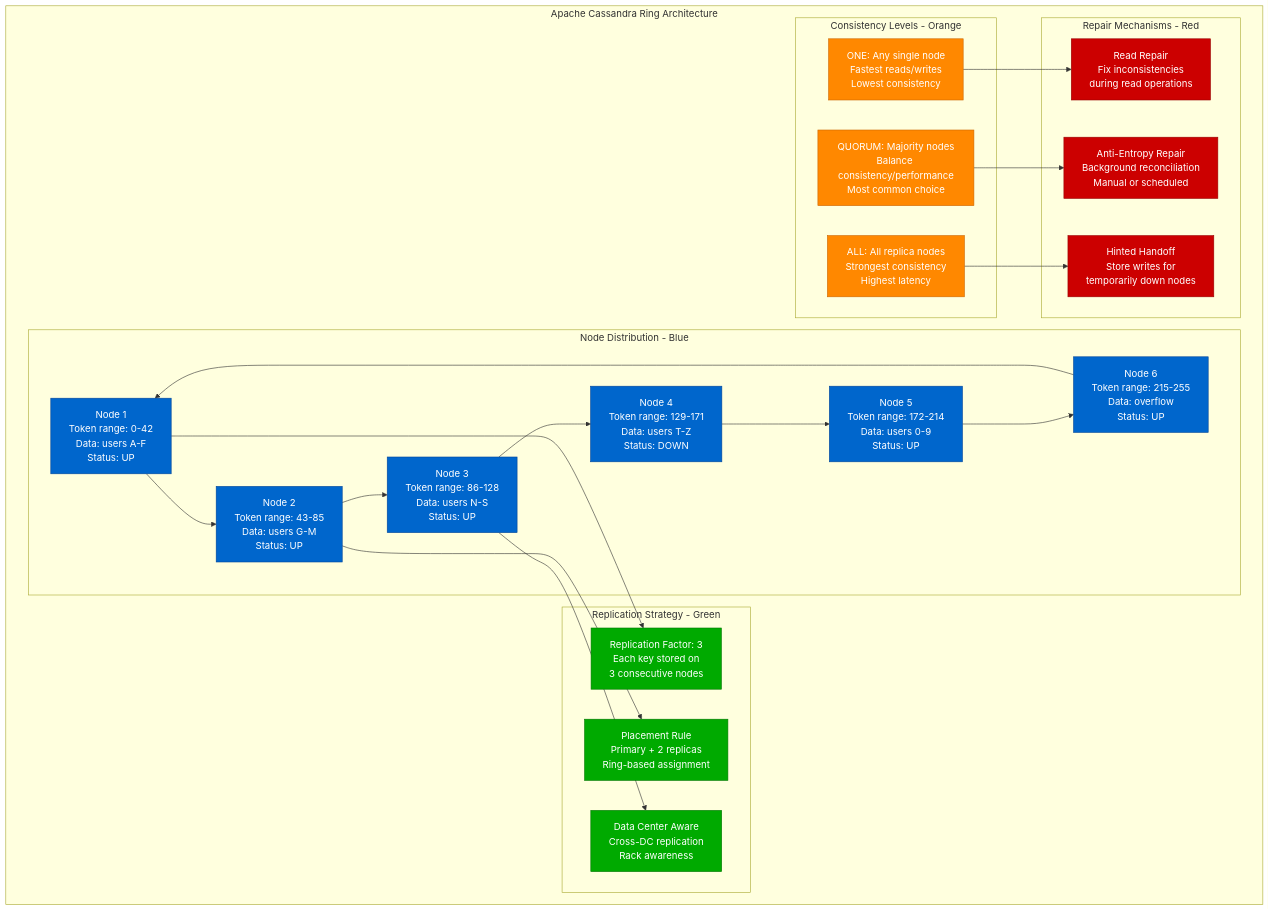
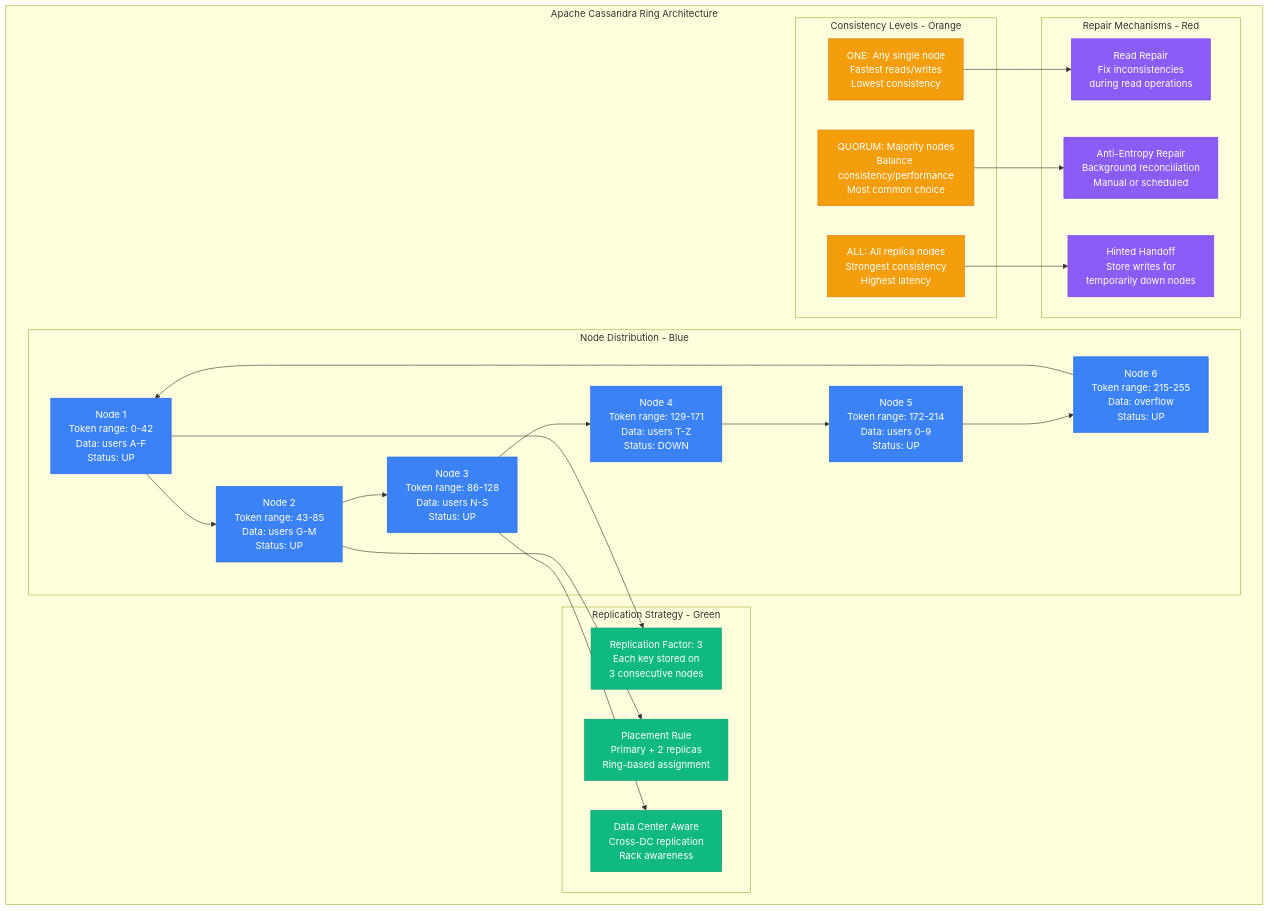
Before and after one commit to deepaucksharma/DS: the third of 12 diagrams in site/docs/guarantees/eventual-consistency/eventual-consistency-examples.md, drawn with Mermaid. The commit also changed other lines of this file and 303 other files, not shown here.

````diff
--- a/site/docs/guarantees/eventual-consistency/eventual-consistency-examples.md
+++ b/site/docs/guarantees/eventual-consistency/eventual-consistency-examples.md
@@ -113,54 +113,54 @@
 ```mermaid
 graph TB
     subgraph CassandraRing[Apache Cassandra Ring Architecture]
         subgraph NodeDistribution[Node Distribution - Blue]
             N1[Node 1<br/>Token range: 0-42<br/>Data: users A-F<br/>Status: UP]
             N2[Node 2<br/>Token range: 43-85<br/>Data: users G-M<br/>Status: UP]
             N3[Node 3<br/>Token range: 86-128<br/>Data: users N-S<br/>Status: UP]
             N4[Node 4<br/>Token range: 129-171<br/>Data: users T-Z<br/>Status: DOWN]
             N5[Node 5<br/>Token range: 172-214<br/>Data: users 0-9<br/>Status: UP]
             N6[Node 6<br/>Token range: 215-255<br/>Data: overflow<br/>Status: UP]
         end
 
         subgraph ReplicationStrategy[Replication Strategy - Green]
             RF[Replication Factor: 3<br/>Each key stored on<br/>3 consecutive nodes]
             PR[Placement Rule<br/>Primary + 2 replicas<br/>Ring-based assignment]
             DC[Data Center Aware<br/>Cross-DC replication<br/>Rack awareness]
         end
 
         subgraph ConsistencyLevels[Consistency Levels - Orange]
             ONE[ONE: Any single node<br/>Fastest reads/writes<br/>Lowest consistency]
             QUORUM[QUORUM: Majority nodes<br/>Balance consistency/performance<br/>Most common choice]
             ALL[ALL: All replica nodes<br/>Strongest consistency<br/>Highest latency]
         end
 
         subgraph RepairMechanisms[Repair Mechanisms - Red]
             RR[Read Repair<br/>Fix inconsistencies<br/>during read operations]
             AE[Anti-Entropy Repair<br/>Background reconciliation<br/>Manual or scheduled]
             HH[Hinted Handoff<br/>Store writes for<br/>temporarily down nodes]
         end
     end
 
     %% Ring connections (simplified)
     N1 --> N2 --> N3 --> N4 --> N5 --> N6 --> N1
 
     %% Replication relationships
     N1 --> RF
     N2 --> PR
     N3 --> DC
 
     %% Consistency flows
     ONE --> RR
     QUORUM --> AE
     ALL --> HH
 
-    classDef nodeStyle fill:#0066CC,stroke:#004499,color:#fff
-    classDef replicationStyle fill:#00AA00,stroke:#007700,color:#fff
-    classDef consistencyStyle fill:#FF8800,stroke:#CC6600,color:#fff
-    classDef repairStyle fill:#CC0000,stroke:#990000,color:#fff
+    classDef nodeStyle fill:#3B82F6,stroke:#2563EB,color:#fff
+    classDef replicationStyle fill:#10B981,stroke:#059669,color:#fff
+    classDef consistencyStyle fill:#F59E0B,stroke:#D97706,color:#fff
+    classDef repairStyle fill:#8B5CF6,stroke:#7C3AED,color:#fff
 
     class N1,N2,N3,N4,N5,N6 nodeStyle
     class RF,PR,DC replicationStyle
     class ONE,QUORUM,ALL consistencyStyle
     class RR,AE,HH repairStyle
 ```
````
